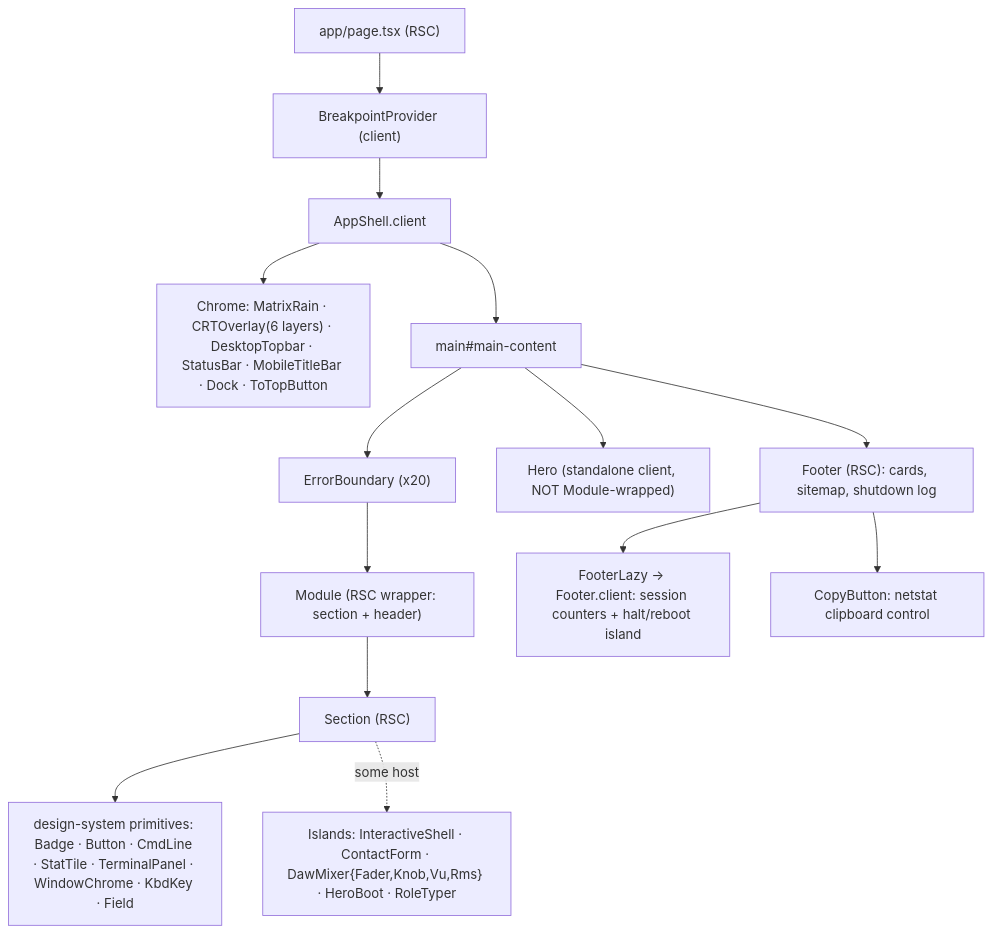
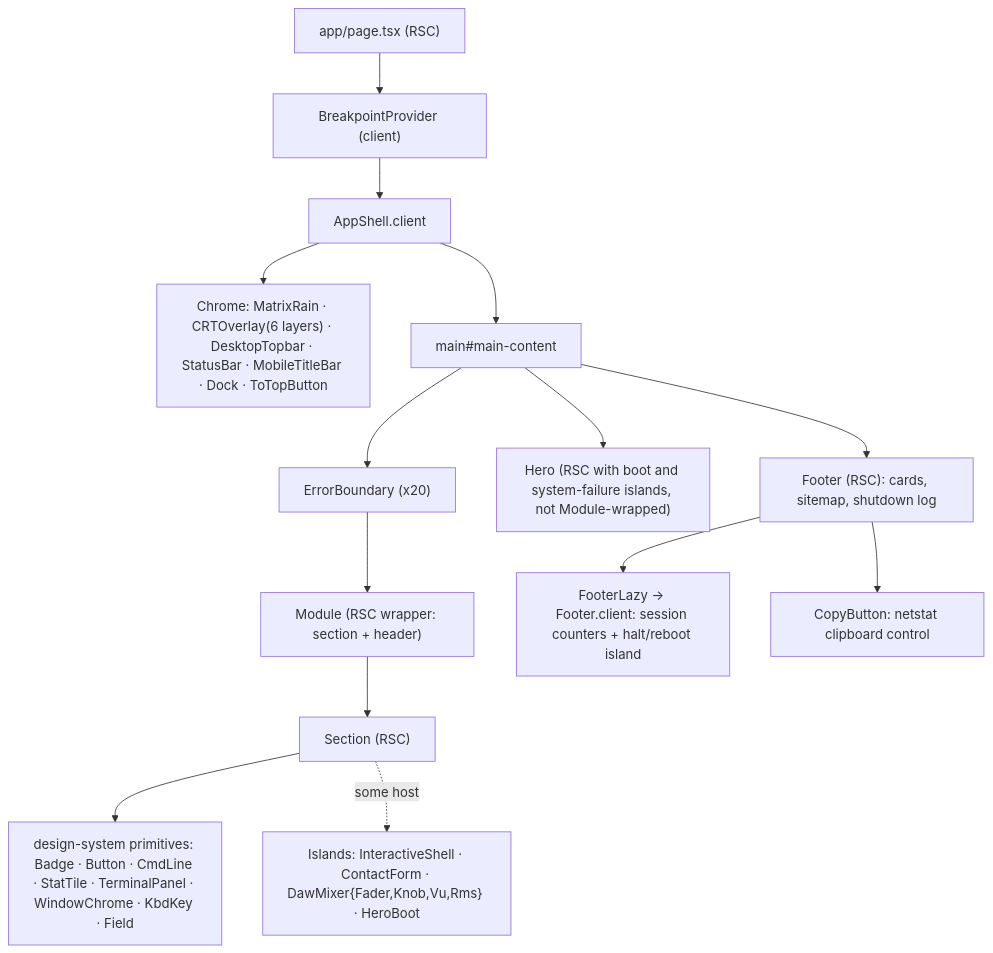
The first of 2 diagrams in docs/04-components-and-state.md (erikunha/portfolio), drawn with Mermaid before and after one commit. The commit also changed other lines of this file and 8 other files, not shown here.

````diff
--- a/docs/04-components-and-state.md
+++ b/docs/04-components-and-state.md
@@ -22,16 +24,16 @@
 ```mermaid
 flowchart TD
     page["app/page.tsx (RSC)"] --> bp["BreakpointProvider (client)"]
     bp --> shell["AppShell.client"]
     shell --> chrome["Chrome: MatrixRain · CRTOverlay(6 layers) · DesktopTopbar · StatusBar · MobileTitleBar · Dock · ToTopButton"]
     shell --> main["main#main-content"]
     main --> eb["ErrorBoundary (x20)"]
     eb --> mod["Module (RSC wrapper: section + header)"]
     mod --> sec["Section (RSC)"]
     sec --> dsp["design-system primitives: Badge · Button · CmdLine · StatTile · TerminalPanel · WindowChrome · KbdKey · Field"]
-    sec -. some host .-> isl["Islands: InteractiveShell · ContactForm · DawMixer{Fader,Knob,Vu,Rms} · HeroBoot · RoleTyper"]
-    main --> hero["Hero (standalone client, NOT Module-wrapped)"]
+    sec -. some host .-> isl["Islands: InteractiveShell · ContactForm · DawMixer{Fader,Knob,Vu,Rms} · HeroBoot"]
+    main --> hero["Hero (RSC with boot and system-failure islands, not Module-wrapped)"]
     main --> fl["Footer (RSC): cards, sitemap, shutdown log"]
     fl --> fi["FooterLazy -> Footer.client: session counters + halt/reboot island"]
     fl --> fc["CopyButton: netstat clipboard control"]
 ```
````
